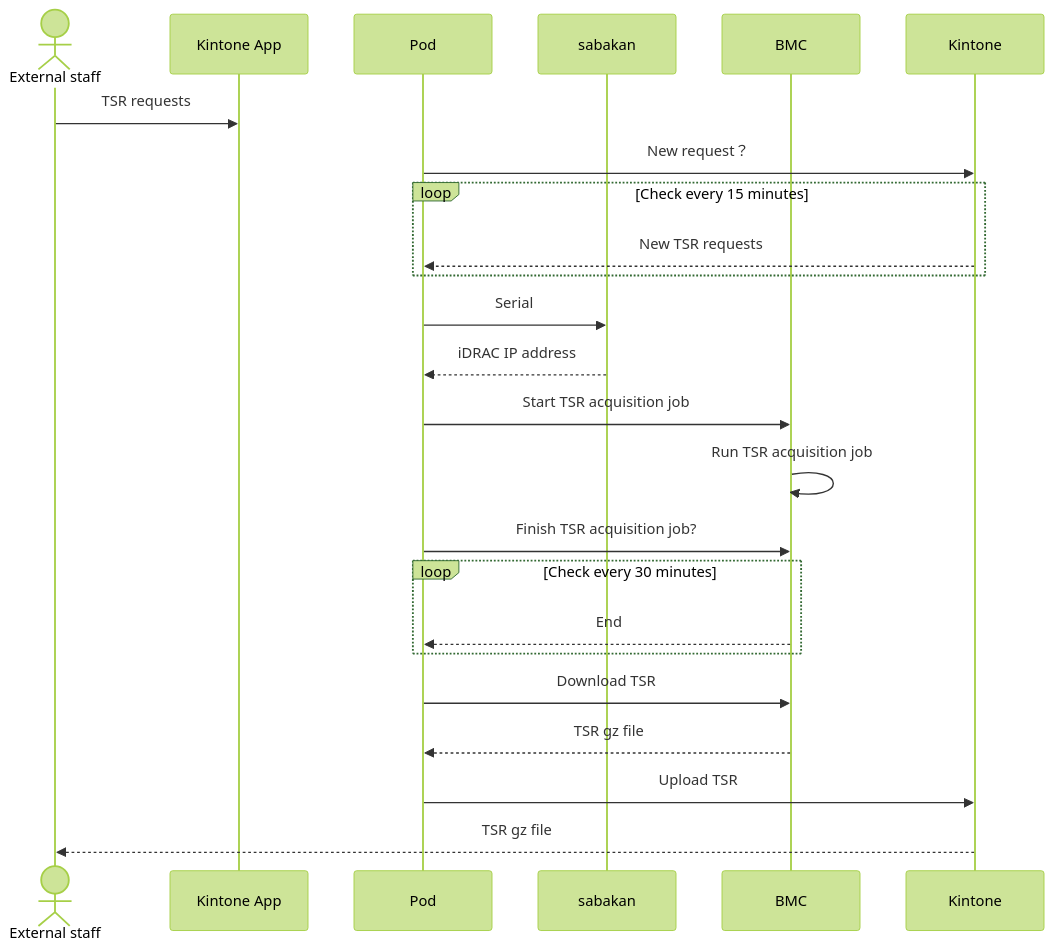
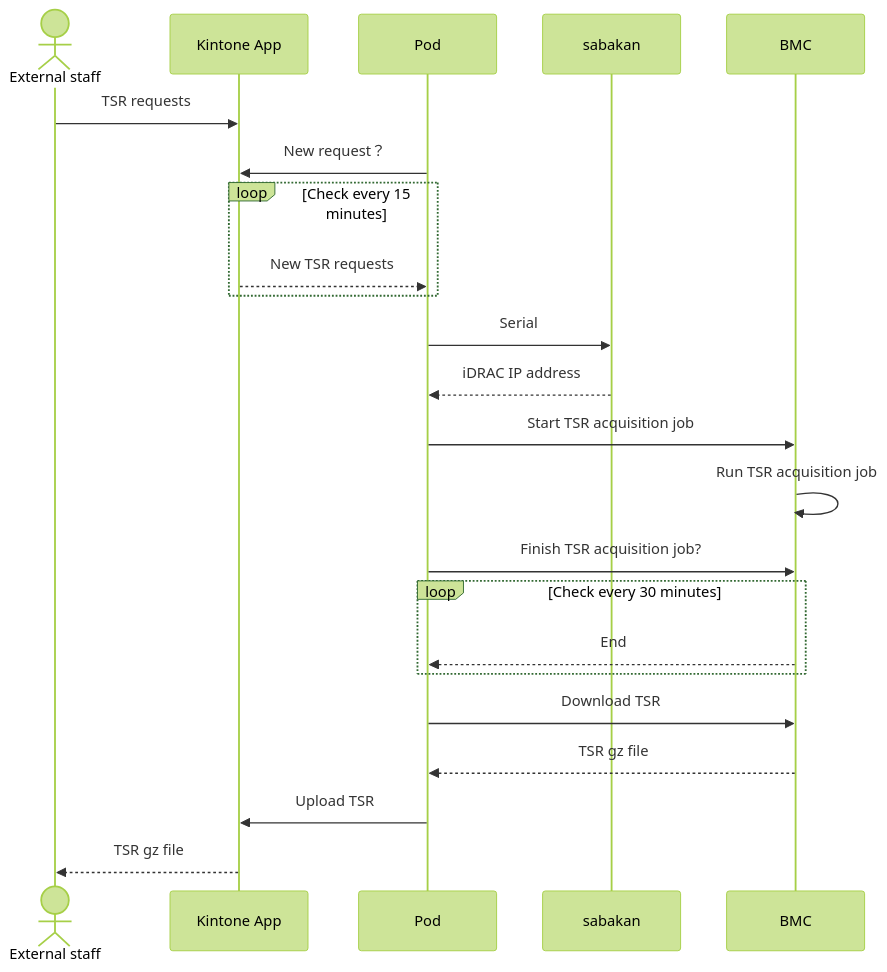
Before and after one commit to cybozu/neco-containers: the diagram in tsr-transporter/docs/design.md, drawn with Mermaid (forest theme).

Commit message:
update seq diagram

````diff
--- a/tsr-transporter/docs/design.md
+++ b/tsr-transporter/docs/design.md
@@ -13,25 +13,25 @@
 ```mermaid
 sequenceDiagram
 actor External staff
 participant Kintone App
 participant Pod
 participant sabakan
 participant BMC
 External staff->>Kintone App:TSR requests
-Pod->>Kintone: New request？
+Pod->>Kintone App: New request？
 loop Check every 15 minutes
-Kintone-->>Pod:New TSR requests
+Kintone App-->>Pod:New TSR requests
 end
 Pod->>sabakan: Serial
 sabakan-->>Pod: iDRAC IP address
 Pod->>BMC: Start TSR acquisition job
 BMC->>BMC: Run TSR acquisition job
 Pod->>BMC: Finish TSR acquisition job?
 loop Check every 30 minutes
 BMC-->>Pod: End
 end
 Pod->>BMC: Download TSR
 BMC-->>Pod: TSR gz file
-Pod->>Kintone: Upload TSR
-Kintone-->>External staff: TSR  gz file
+Pod->>Kintone App: Upload TSR
+Kintone App-->>External staff: TSR  gz file
 ```
````
